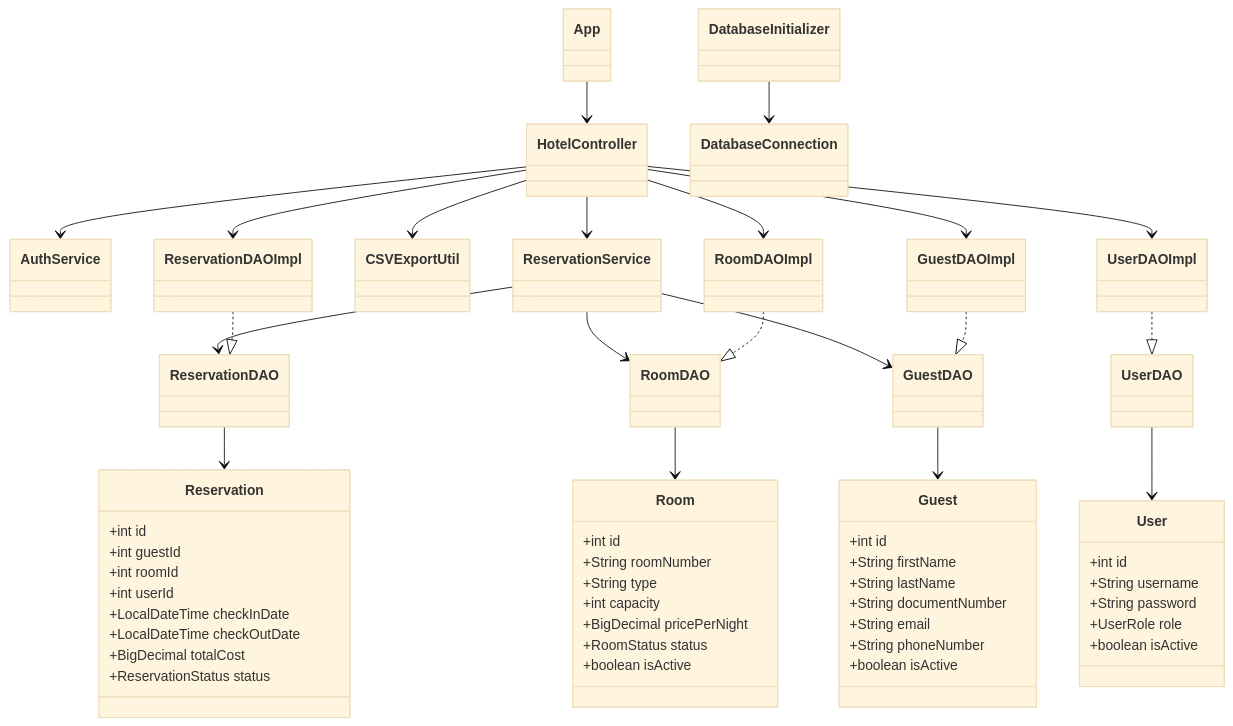
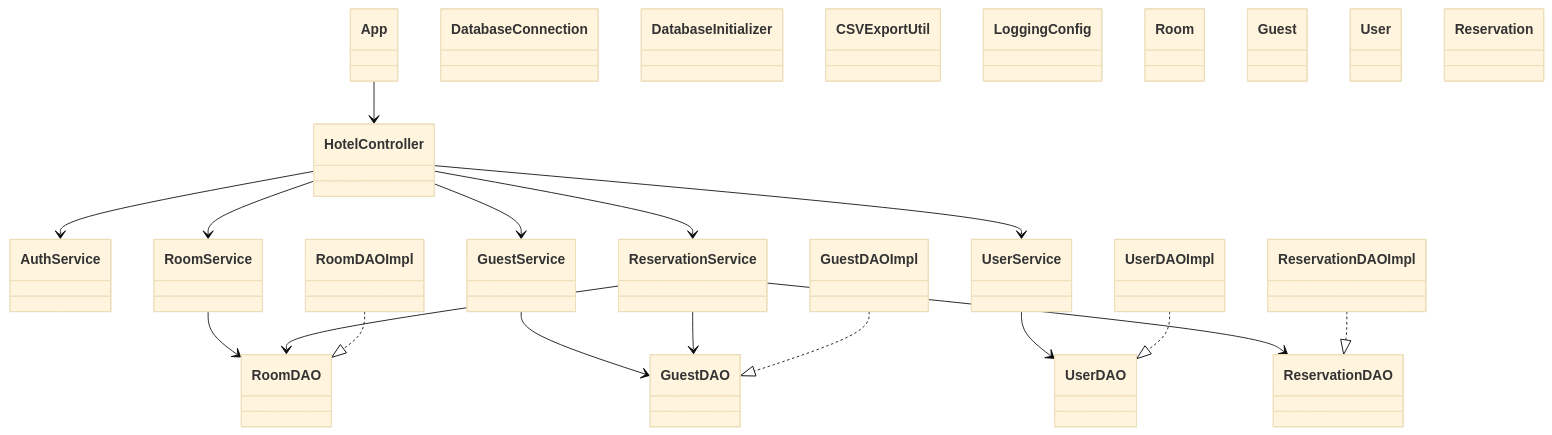
Before and after one commit to camilo-villada/Modulo5_Java_Riwi: the first of 2 diagrams in README.md, drawn with Mermaid (base theme). The commit also changed other lines of this file and 70 other files, not shown here.

````diff
--- a/README.md
+++ b/README.md
@@ -89,79 +155,46 @@
 ```mermaid
 classDiagram
     class App
     class HotelController
     class AuthService
+    class RoomService
+    class GuestService
+    class UserService
     class ReservationService
     class DatabaseConnection
     class DatabaseInitializer
     class CSVExportUtil
+    class LoggingConfig
 
-    class User {
-        +int id
-        +String username
-        +String password
-        +UserRole role
-        +boolean isActive
-    }
+    class Room
+    class Guest
+    class User
+    class Reservation
 
-    class Guest {
-        +int id
-        +String firstName
-        +String lastName
-        +String documentNumber
-        +String email
-        +String phoneNumber
-        +boolean isActive
-    }
+    class RoomDAO
+    class GuestDAO
+    class UserDAO
+    class ReservationDAO
 
-    class Room {
-        +int id
-        +String roomNumber
-        +String type
-        +int capacity
-        +BigDecimal pricePerNight
-        +RoomStatus status
-        +boolean isActive
-    }
-
-    class Reservation {
-        +int id
-        +int guestId
-        +int roomId
-        +int userId
-        +LocalDateTime checkInDate
-        +LocalDateTime checkOutDate
-        +BigDecimal totalCost
-        +ReservationStatus status
-    }
-
-    class UserDAO
-    class GuestDAO
-    class RoomDAO
-    class ReservationDAO
+    class RoomDAOImpl
+    class GuestDAOImpl
     class UserDAOImpl
-    class GuestDAOImpl
-    class RoomDAOImpl
     class ReservationDAOImpl
 
     App --> HotelController
     HotelController --> AuthService
+    HotelController --> RoomService
+    HotelController --> GuestService
+    HotelController --> UserService
     HotelController --> ReservationService
-    HotelController --> UserDAOImpl
-    HotelController --> GuestDAOImpl
-    HotelController --> RoomDAOImpl
-    HotelController --> ReservationDAOImpl
+    RoomService --> RoomDAO
+    GuestService --> GuestDAO
+    UserService --> UserDAO
     ReservationService --> ReservationDAO
     ReservationService --> RoomDAO
     ReservationService --> GuestDAO
+    RoomDAOImpl ..|> RoomDAO
+    GuestDAOImpl ..|> GuestDAO
     UserDAOImpl ..|> UserDAO
-    GuestDAOImpl ..|> GuestDAO
-    RoomDAOImpl ..|> RoomDAO
     ReservationDAOImpl ..|> ReservationDAO
-    UserDAO --> User
-    GuestDAO --> Guest
-    RoomDAO --> Room
-    ReservationDAO --> Reservation
-    DatabaseInitializer --> DatabaseConnection
-    HotelController --> CSVExportUtil
 ```
````
